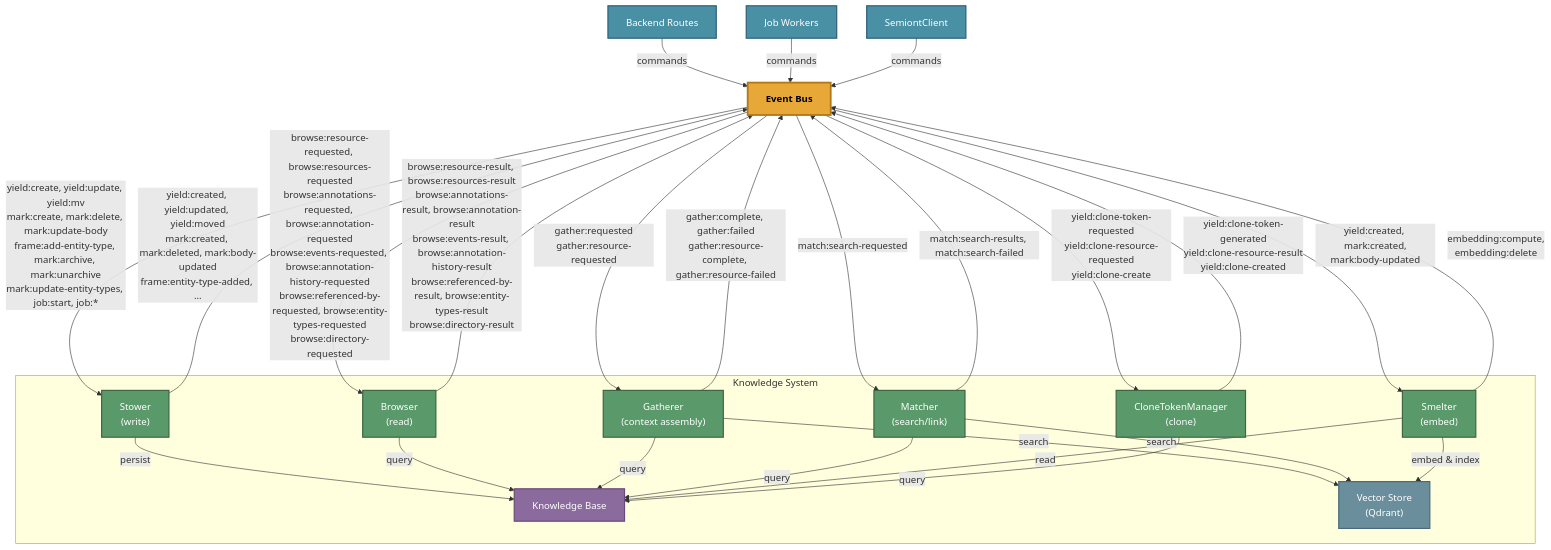
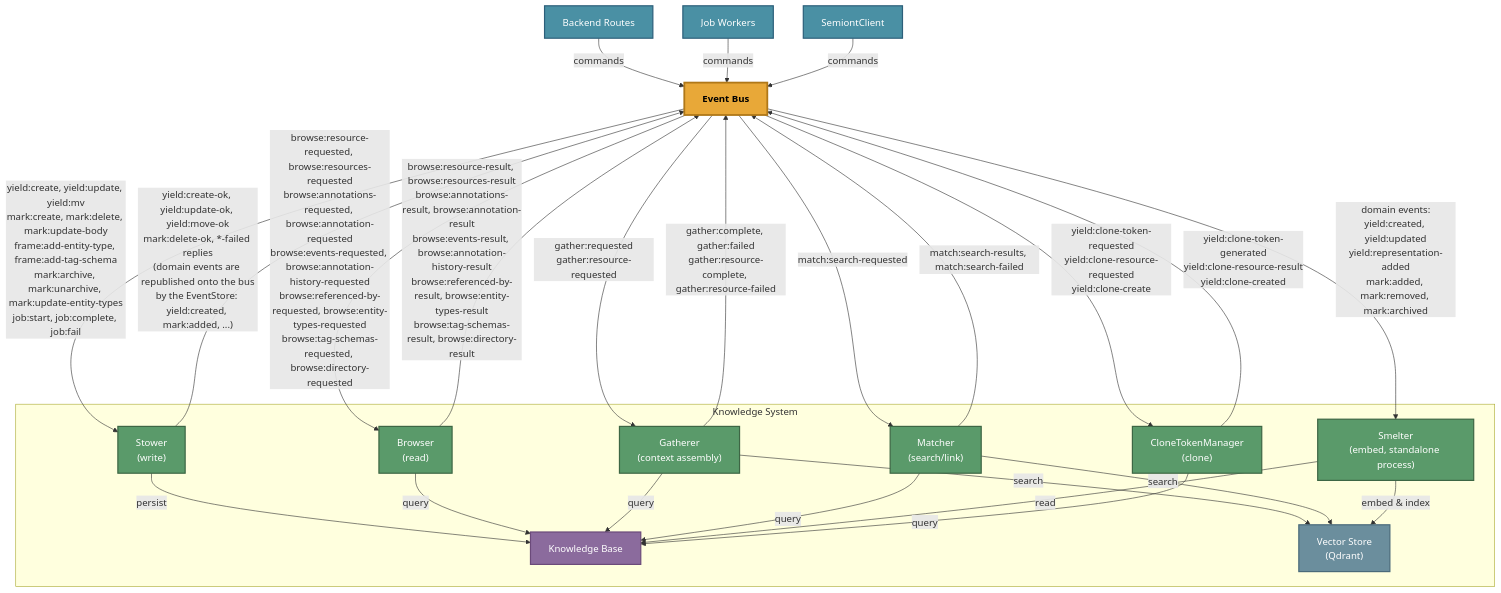
Before and after one commit to The-AI-Alliance/semiont: the diagram in packages/make-meaning/README.md, drawn with Mermaid. The commit also changed other lines of this file and 172 other files, not shown here.

````diff
--- a/packages/make-meaning/README.md
+++ b/packages/make-meaning/README.md
@@ -92,52 +96,51 @@
 ```mermaid
 graph TB
     Routes["Backend Routes"] -->|commands| BUS["Event Bus"]
     Workers["Job Workers"] -->|commands| BUS
     EBC["SemiontClient"] -->|commands| BUS
 
     subgraph ks ["Knowledge System"]
         STOWER["Stower<br/>(write)"]
         BROWSER["Browser<br/>(read)"]
         GATHERER["Gatherer<br/>(context assembly)"]
         MATCHER["Matcher<br/>(search/link)"]
-        SMELTER["Smelter<br/>(embed)"]
+        SMELTER["Smelter<br/>(embed, standalone process)"]
         CTM["CloneTokenManager<br/>(clone)"]
         KB["Knowledge Base"]
         VECTORS["Vector Store<br/>(Qdrant)"]
         STOWER -->|persist| KB
         BROWSER -->|query| KB
         GATHERER -->|query| KB
         GATHERER -->|search| VECTORS
         MATCHER -->|query| KB
         MATCHER -->|search| VECTORS
         SMELTER -->|embed & index| VECTORS
         SMELTER -->|read| KB
         CTM -->|query| KB
     end
 
-    BUS -->|"yield:create, yield:update, yield:mv<br/>mark:create, mark:delete, mark:update-body<br/>frame:add-entity-type, mark:archive, mark:unarchive<br/>mark:update-entity-types, job:start, job:*"| STOWER
-    BUS -->|"browse:resource-requested, browse:resources-requested<br/>browse:annotations-requested, browse:annotation-requested<br/>browse:events-requested, browse:annotation-history-requested<br/>browse:referenced-by-requested, browse:entity-types-requested<br/>browse:directory-requested"| BROWSER
+    BUS -->|"yield:create, yield:update, yield:mv<br/>mark:create, mark:delete, mark:update-body<br/>frame:add-entity-type, frame:add-tag-schema<br/>mark:archive, mark:unarchive, mark:update-entity-types<br/>job:start, job:complete, job:fail"| STOWER
+    BUS -->|"browse:resource-requested, browse:resources-requested<br/>browse:annotations-requested, browse:annotation-requested<br/>browse:events-requested, browse:annotation-history-requested<br/>browse:referenced-by-requested, browse:entity-types-requested<br/>browse:tag-schemas-requested, browse:directory-requested"| BROWSER
     BUS -->|"gather:requested<br/>gather:resource-requested"| GATHERER
     BUS -->|"match:search-requested"| MATCHER
-    BUS -->|"yield:created, mark:created,<br/>mark:body-updated"| SMELTER
+    BUS -->|"domain events:<br/>yield:created, yield:updated<br/>yield:representation-added<br/>mark:added, mark:removed, mark:archived"| SMELTER
     BUS -->|"yield:clone-token-requested<br/>yield:clone-resource-requested<br/>yield:clone-create"| CTM
 
-    STOWER -->|"yield:created, yield:updated, yield:moved<br/>mark:created, mark:deleted, mark:body-updated<br/>frame:entity-type-added, ..."| BUS
-    BROWSER -->|"browse:resource-result, browse:resources-result<br/>browse:annotations-result, browse:annotation-result<br/>browse:events-result, browse:annotation-history-result<br/>browse:referenced-by-result, browse:entity-types-result<br/>browse:directory-result"| BUS
+    STOWER -->|"yield:create-ok, yield:update-ok, yield:move-ok<br/>mark:delete-ok, *-failed replies<br/>(domain events are republished onto the bus<br/>by the EventStore: yield:created, mark:added, ...)"| BUS
+    BROWSER -->|"browse:resource-result, browse:resources-result<br/>browse:annotations-result, browse:annotation-result<br/>browse:events-result, browse:annotation-history-result<br/>browse:referenced-by-result, browse:entity-types-result<br/>browse:tag-schemas-result, browse:directory-result"| BUS
     GATHERER -->|"gather:complete, gather:failed<br/>gather:resource-complete, gather:resource-failed"| BUS
     MATCHER -->|"match:search-results, match:search-failed"| BUS
-    SMELTER -->|"embedding:compute,<br/>embedding:delete"| BUS
     CTM -->|"yield:clone-token-generated<br/>yield:clone-resource-result<br/>yield:clone-created"| BUS
 
     classDef bus fill:#e8a838,stroke:#b07818,stroke-width:3px,color:#000,font-weight:bold
     classDef actor fill:#5a9a6a,stroke:#3d6644,stroke-width:2px,color:#fff
     classDef kb fill:#8b6b9d,stroke:#6b4a7a,stroke-width:2px,color:#fff
     classDef caller fill:#4a90a4,stroke:#2c5f7a,stroke-width:2px,color:#fff
 
     class BUS bus
     classDef vectorstore fill:#6b8e9d,stroke:#4a6a7a,stroke-width:2px,color:#fff
     class STOWER,BROWSER,GATHERER,MATCHER,SMELTER,CTM actor
     class KB kb
     class VECTORS vectorstore
     class Routes,Workers,EBC caller
 ```
````
